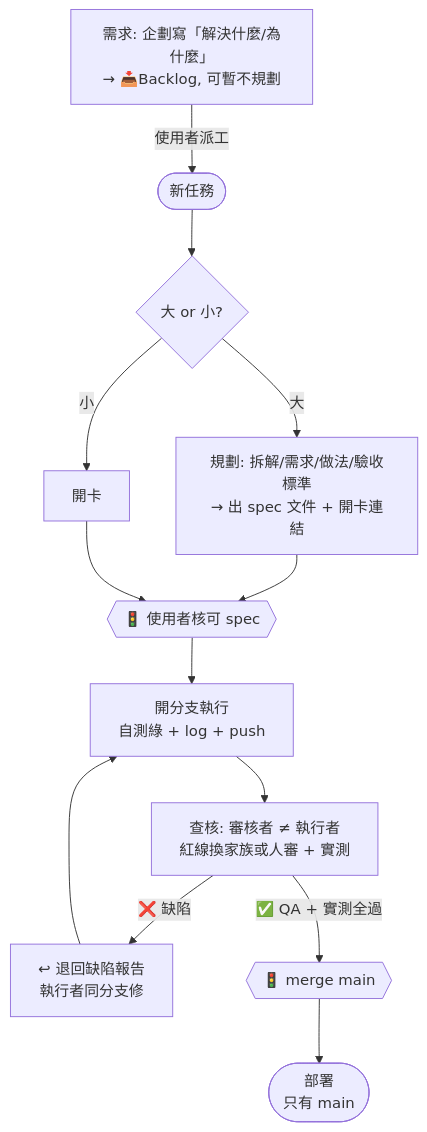
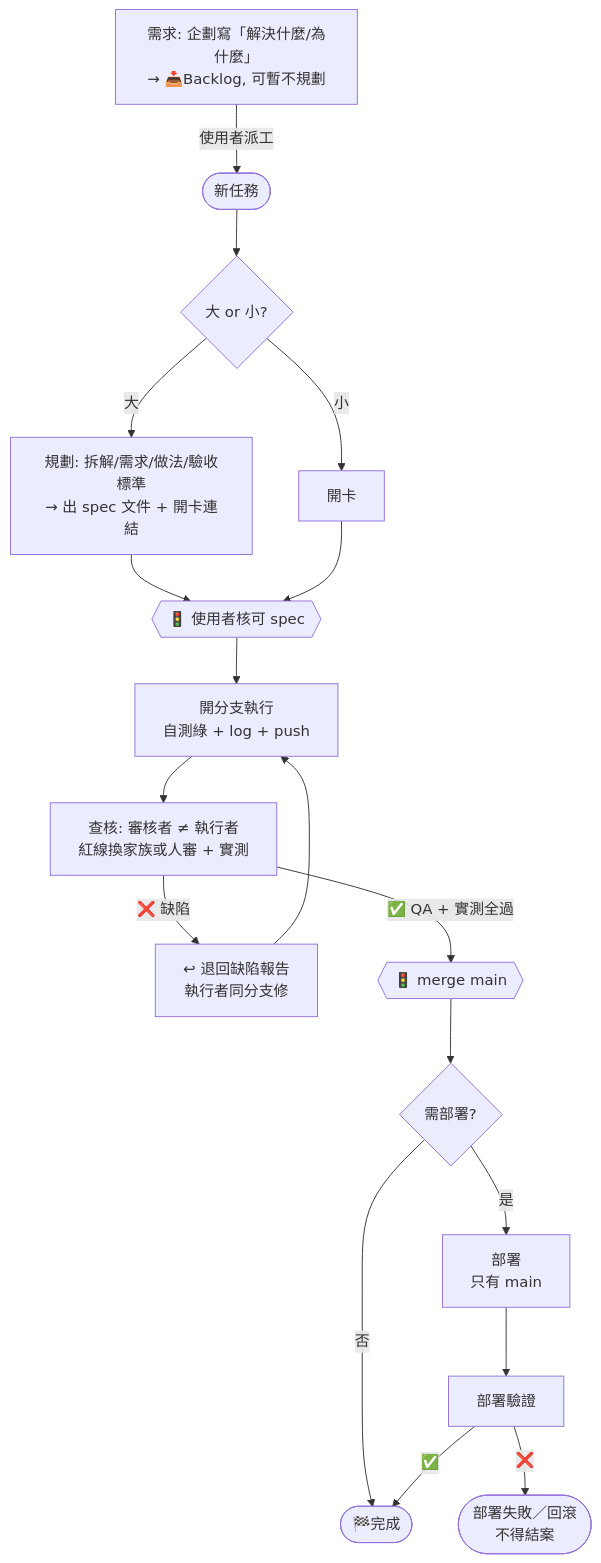
One commit to ruan6047/ai-workflow changed the first of 2 diagrams in AI_WORKFLOW.md. Above: the diagram before and after it, drawn with Mermaid. The commit also changed other lines of this file and 8 other files, not shown here.

````diff
--- a/AI_WORKFLOW.md
+++ b/AI_WORKFLOW.md
@@ -22,15 +22,20 @@
 ```mermaid
 flowchart TB
     RQ[需求: 企劃寫「解決什麼/為什麼」<br/>→ 📥Backlog, 可暫不規劃] -->|使用者派工| N([新任務])
     N --> Q{大 or 小?}
     Q -->|小| C[開卡]
     Q -->|大| PL[規劃: 拆解/需求/做法/驗收標準<br/>→ 出 spec 文件 + 開卡連結]
     PL --> G1{{🚦 使用者核可 spec}}
     C --> G1
     G1 --> B[開分支執行<br/>自測綠 + log + push]
     B --> RV[查核: 審核者 ≠ 執行者<br/>紅線換家族或人審 + 實測]
     RV -->|❌ 缺陷| RJ[↩ 退回缺陷報告<br/>執行者同分支修]
     RJ --> B
     RV -->|✅ QA + 實測全過| G2{{🚦 merge main}}
-    G2 --> DP([部署<br/>只有 main])
+    G2 --> NEED{需部署?}
+    NEED -->|否| DONE([🏁完成])
+    NEED -->|是| DP[部署<br/>只有 main]
+    DP --> DV[部署驗證]
+    DV -->|✅| DONE
+    DV -->|❌| DF([部署失敗／回滾<br/>不得結案])
 ```
````
